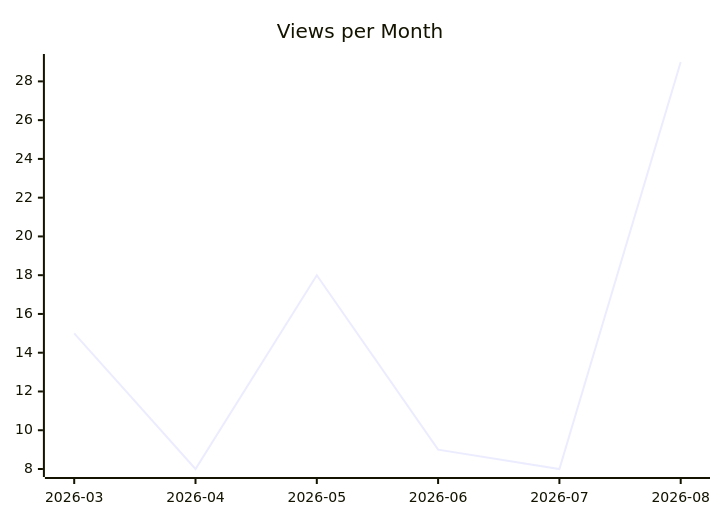
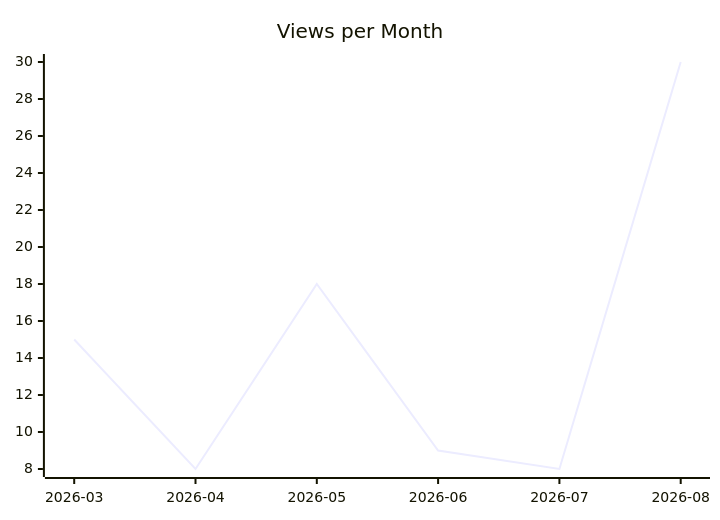
Before and after one commit to justdavis-family/github-analytics-data: the second of 3 diagrams in karlmdavis/xmlpull/README.md, drawn with Mermaid. The commit also changed other lines of this file and 156 other files, not shown here.

````diff
--- a/karlmdavis/xmlpull/README.md
+++ b/karlmdavis/xmlpull/README.md
@@ -12,6 +12,6 @@
 ```mermaid
 xychart-beta
   title "Views per Month"
   x-axis ["2026-03", "2026-04", "2026-05", "2026-06", "2026-07", "2026-08"]
-  line [15, 8, 18, 9, 8, 29]
+  line [15, 8, 18, 9, 8, 30]
 ```
````
